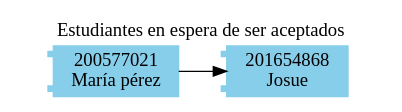
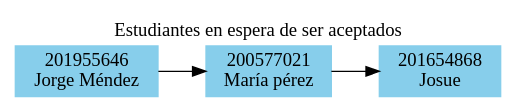
Before and after one commit to rubenralda/EDD_1S2023_PY_202111835: the diagram in textos/colaPendientes.dot, drawn with Graphviz. The commit also changed 8 other files, not shown here.

```diff
--- a/textos/colaPendientes.dot
+++ b/textos/colaPendientes.dot
@@ -1,10 +1,11 @@
 digraph G{
 
 rankdir=LR; 
- node[shape=component, style=filled, color=skyBlue, fontname="Century Gothic"]; 
+ node[shape=rectangle, style=filled, color=skyBlue, fontname="Century Gothic"]; 
  graph [fontname="Century Gothic"]; 
  labelloc="t"; label="Estudiantes en espera de ser aceptados"; 
-0[label="200577021\nMaría pérez"]
-1[label="201654868\nJosue"]
-0 -> 1
+0[label="201955646\nJorge Méndez"]
+1[label="200577021\nMaría pérez"]
+2[label="201654868\nJosue"]
+0 -> 1 -> 2
 }
```
